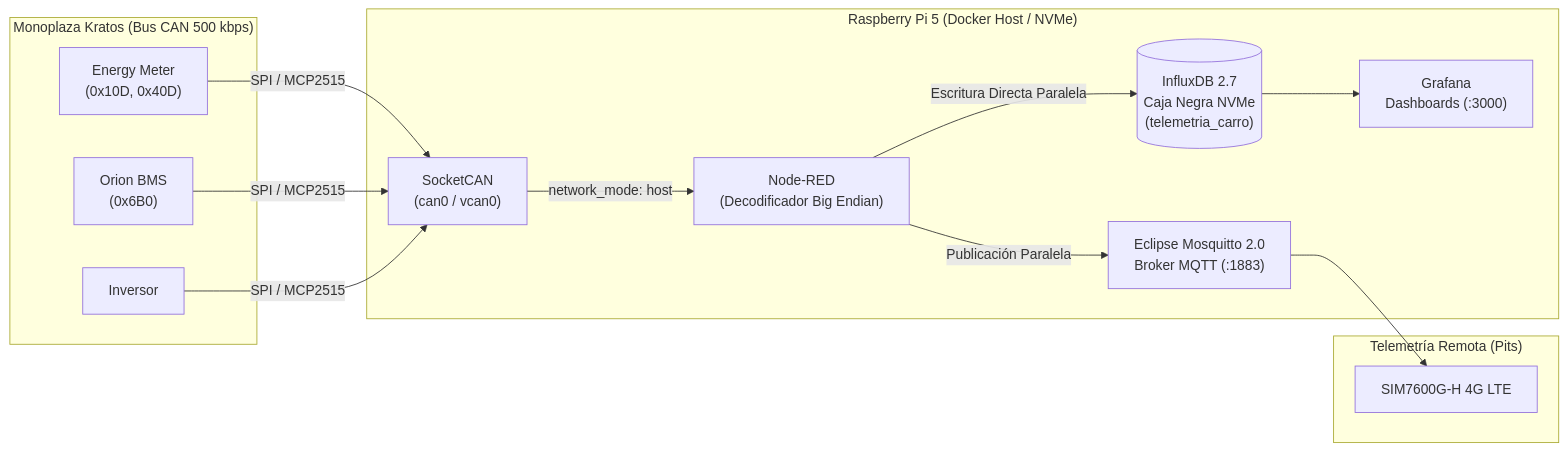
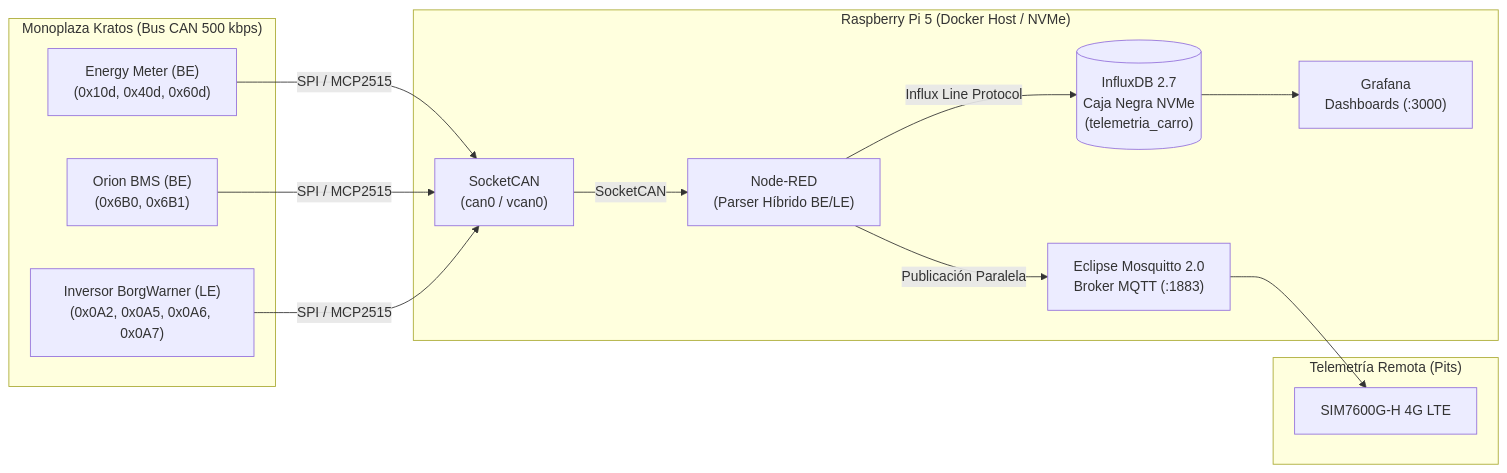
The diagram in README.md (luisNP21/Kratos-Telemetria-), drawn with Mermaid before and after one commit. The commit also changed other lines of this file and 7 other files, not shown here.

Commit message:
informe de arquitectura software y correcion de frecuencia protocolo big endian

````diff
--- a/README.md
+++ b/README.md
@@ -58,27 +58,27 @@
 ```mermaid
 flowchart LR
     subgraph Monoplaza["Monoplaza Kratos (Bus CAN 500 kbps)"]
-        EM["Energy Meter\n(0x10D, 0x40D)"]
-        BMS["Orion BMS\n(0x6B0)"]
-        INV["Inversor"]
+        EM["Energy Meter (BE)\n(0x10d, 0x40d, 0x60d)"]
+        BMS["Orion BMS (BE)\n(0x6B0, 0x6B1)"]
+        INV["Inversor BorgWarner (LE)\n(0x0A2, 0x0A5, 0x0A6, 0x0A7)"]
     end
 
     subgraph RPi5["Raspberry Pi 5 (Docker Host / NVMe)"]
         SCAN["SocketCAN\n(can0 / vcan0)"]
-        NR["Node-RED\n(Decodificador Big Endian)"]
+        NR["Node-RED\n(Parser Híbrido BE/LE)"]
         IDB[("InfluxDB 2.7\nCaja Negra NVMe\n(telemetria_carro)")]
         MOSQ["Eclipse Mosquitto 2.0\nBroker MQTT (:1883)"]
         GRAF["Grafana\nDashboards (:3000)"]
     end
 
     subgraph Pits["Telemetría Remota (Pits)"]
         LTE["SIM7600G-H 4G LTE"]
     end
 
     EM & BMS & INV -->|SPI / MCP2515| SCAN
-    SCAN -->|network_mode: host| NR
-    NR -->|Escritura Directa Paralela| IDB
+    SCAN -->|SocketCAN| NR
+    NR -->|Influx Line Protocol| IDB
     NR -->|Publicación Paralela| MOSQ
     IDB --> GRAF
     MOSQ --> LTE
 ```
````
